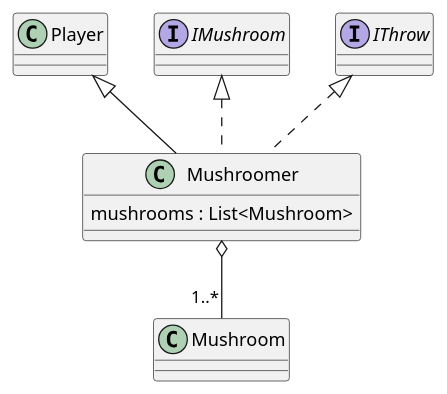
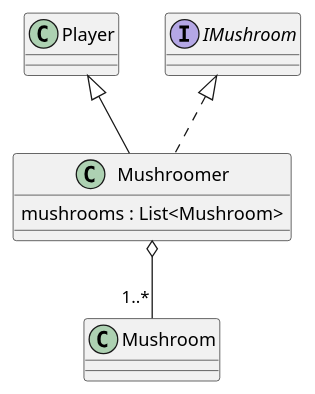
One commit to Petya-G/fungorium changed the diagram in 4/classes/player/mushroomer.puml. Above: the diagram before and after it, drawn with PlantUML. The commit also changed 18 other files, not shown here.

```diff
--- a/4/classes/player/mushroomer.puml
+++ b/4/classes/player/mushroomer.puml
@@ -1,8 +1,8 @@
 @startuml mushroomer
 
 Mushroomer o-- "1..*" Mushroom
-class Mushroomer extends Player implements IMushroom, IThrow{
+class Mushroomer extends Player implements IMushroom{
     mushrooms : List<Mushroom>
 }
 
 @enduml
```
